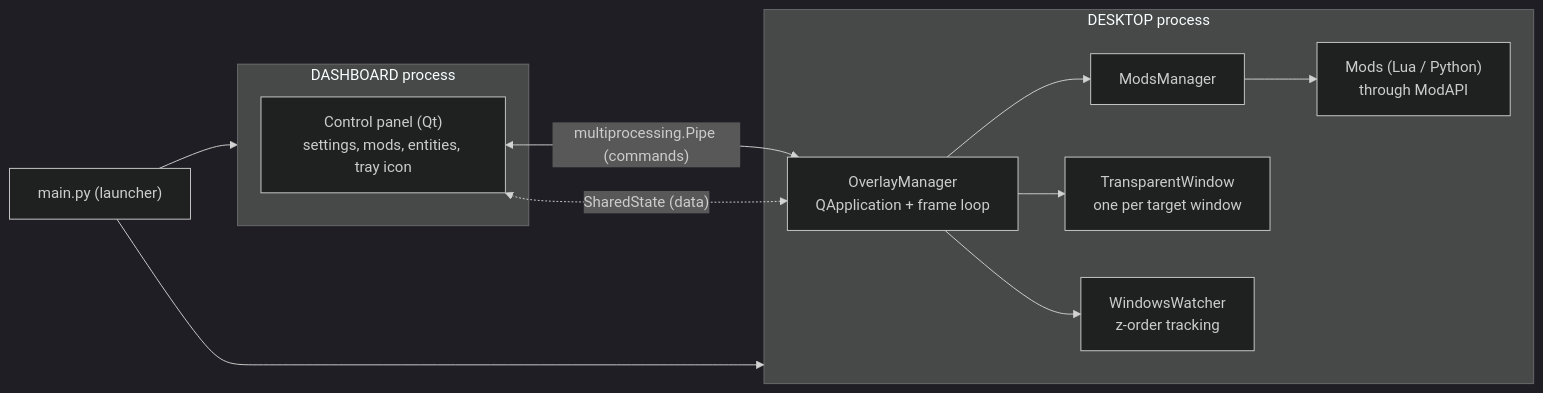
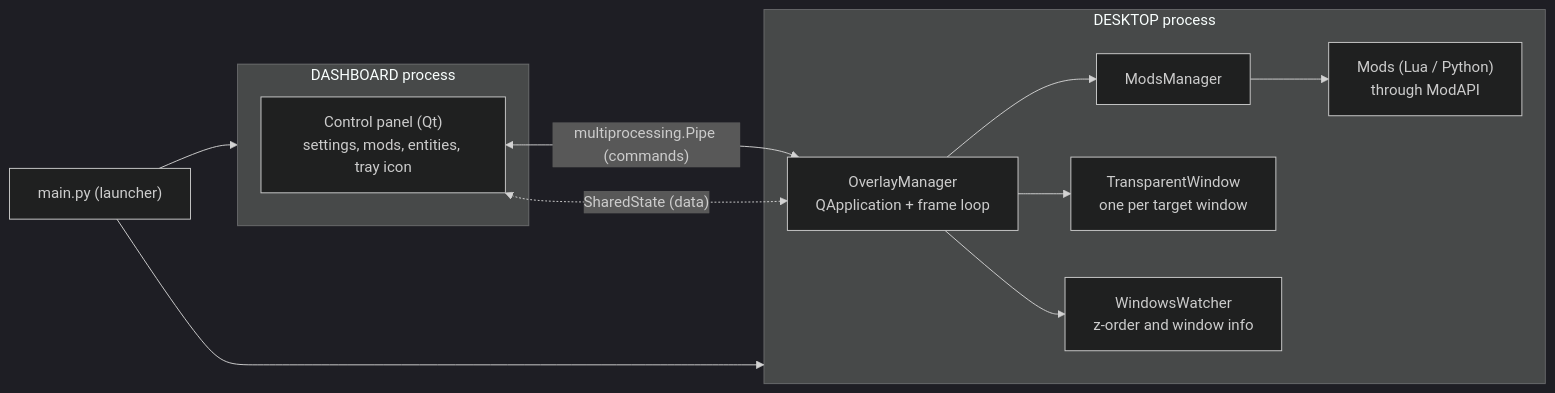
Before and after one commit to czarchmA8/DesktopPet_v3: the diagram in docs/architecture.md, drawn with Mermaid (dark theme). The commit also changed other lines of this file and 21 other files, not shown here.

````diff
--- a/docs/architecture.md
+++ b/docs/architecture.md
@@ -7,21 +7,21 @@
 ```mermaid
 flowchart LR
     main["main.py (launcher)"]
     subgraph dash["DASHBOARD process"]
         ui["Control panel (Qt)<br/>settings, mods, entities, tray icon"]
     end
     subgraph desk["DESKTOP process"]
         om["OverlayManager<br/>QApplication + frame loop"]
         mm["ModsManager"]
         mods["Mods (Lua / Python)<br/>through ModAPI"]
         tw["TransparentWindow<br/>one per target window"]
-        ww["WindowsWatcher<br/>z-order tracking"]
+        ww["WindowsWatcher<br/>z-order and window info"]
         om --> mm --> mods
         om --> tw
         om --> ww
     end
     main --> dash
     main --> desk
     ui <-->|"multiprocessing.Pipe (commands)"| om
     ui <-.->|"SharedState (data)"| om
 ```
````
